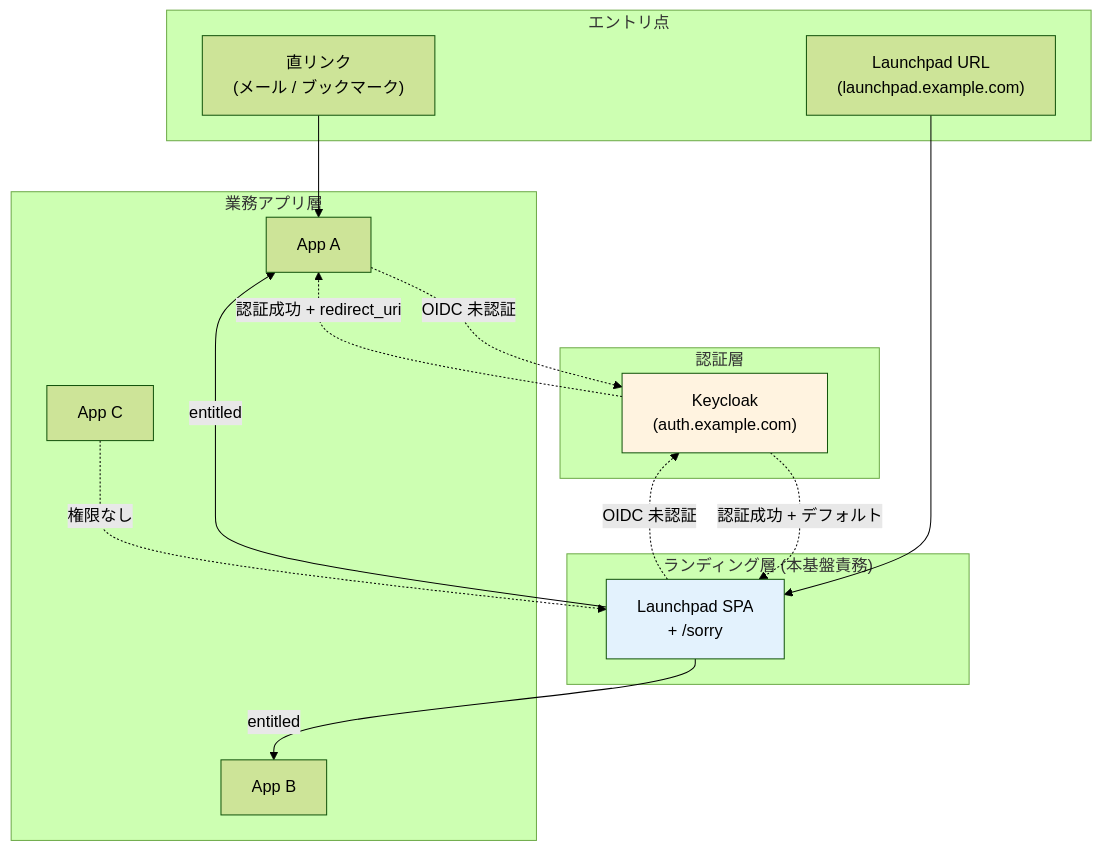
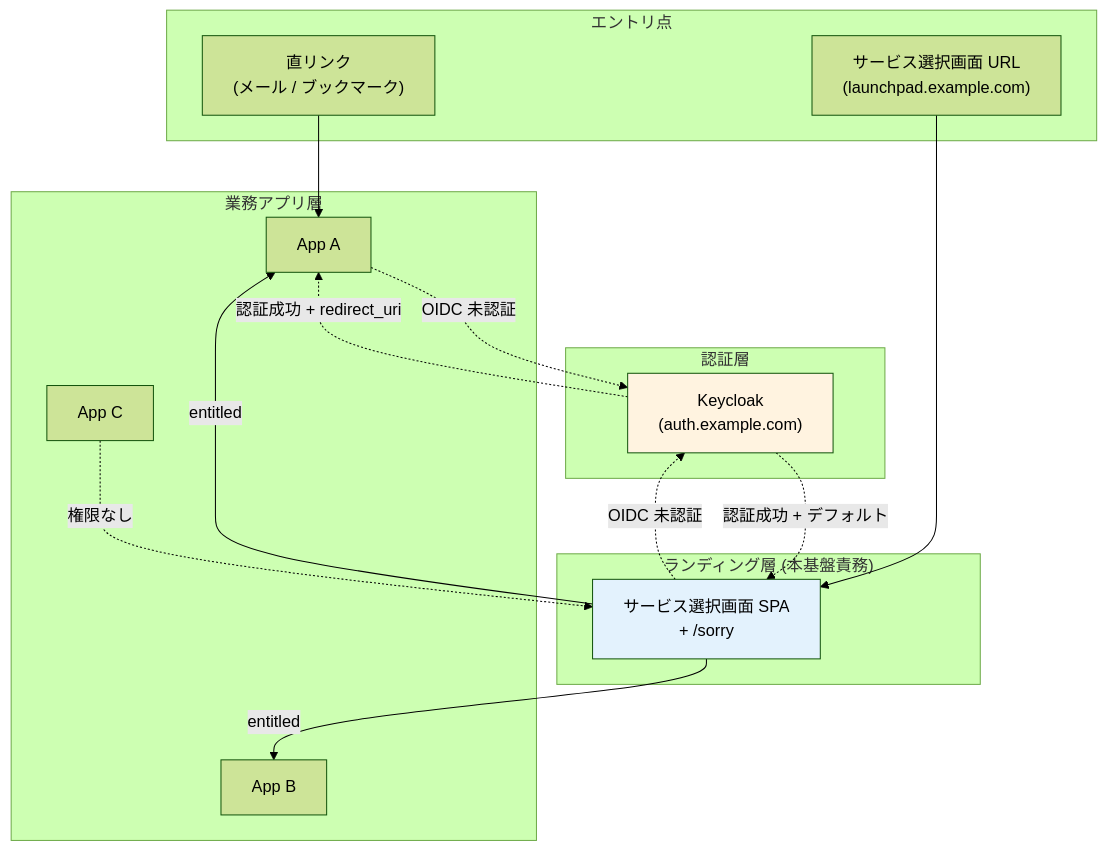
One commit to suepie/aws-atuh-poc changed the fourth of 4 diagrams in doc/adr/021-post-login-landing-ux.md. Above: the diagram before and after it, drawn with Mermaid (forest theme). The commit also changed other lines of this file and 53 other files, not shown here.

````diff
--- a/doc/adr/021-post-login-landing-ux.md
+++ b/doc/adr/021-post-login-landing-ux.md
@@ -272,37 +272,37 @@
 ```mermaid
 flowchart TB
     subgraph User_Entry["エントリ点"]
         DL["直リンク<br/>(メール / ブックマーク)"]
-        LPLink["Launchpad URL<br/>(launchpad.example.com)"]
+        LPLink["サービス選択画面 URL<br/>(launchpad.example.com)"]
     end
 
     subgraph Auth_Layer["認証層"]
         KC["Keycloak<br/>(auth.example.com)"]
     end
 
     subgraph Landing["ランディング層 (本基盤責務)"]
-        LP["Launchpad SPA<br/>+ /sorry"]
+        LP["サービス選択画面 SPA<br/>+ /sorry"]
     end
 
     subgraph Apps["業務アプリ層"]
         A1["App A"]
         A2["App B"]
         A3["App C"]
     end
 
     DL --> A1
     LPLink --> LP
 
     A1 -.OIDC 未認証.-> KC
     LP -.OIDC 未認証.-> KC
 
     KC -.認証成功 + redirect_uri.-> A1
     KC -.認証成功 + デフォルト.-> LP
 
     LP -- entitled --> A1
     LP -- entitled --> A2
     A3 -. 権限なし .-> LP
 
     style KC fill:#fff3e0
     style LP fill:#e3f2fd
 ```
````
